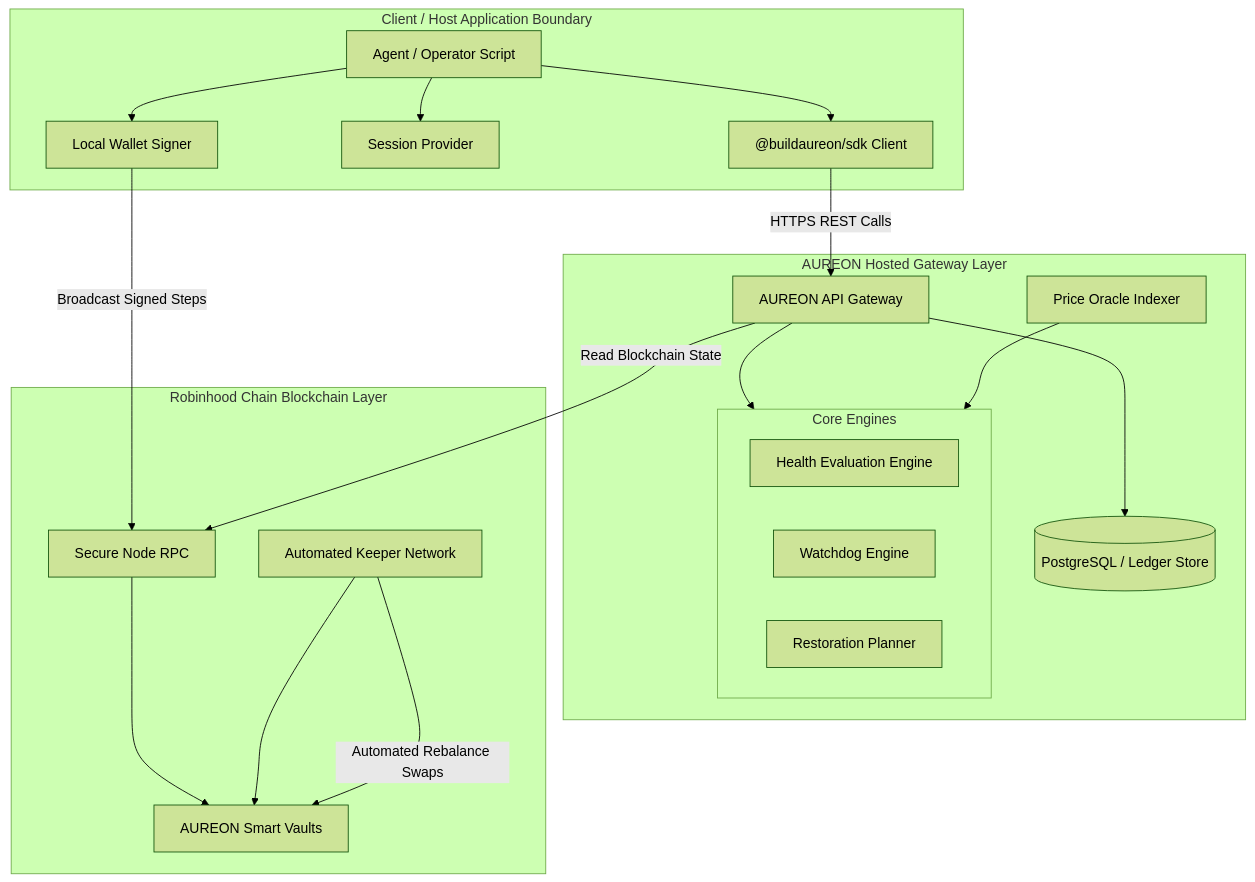
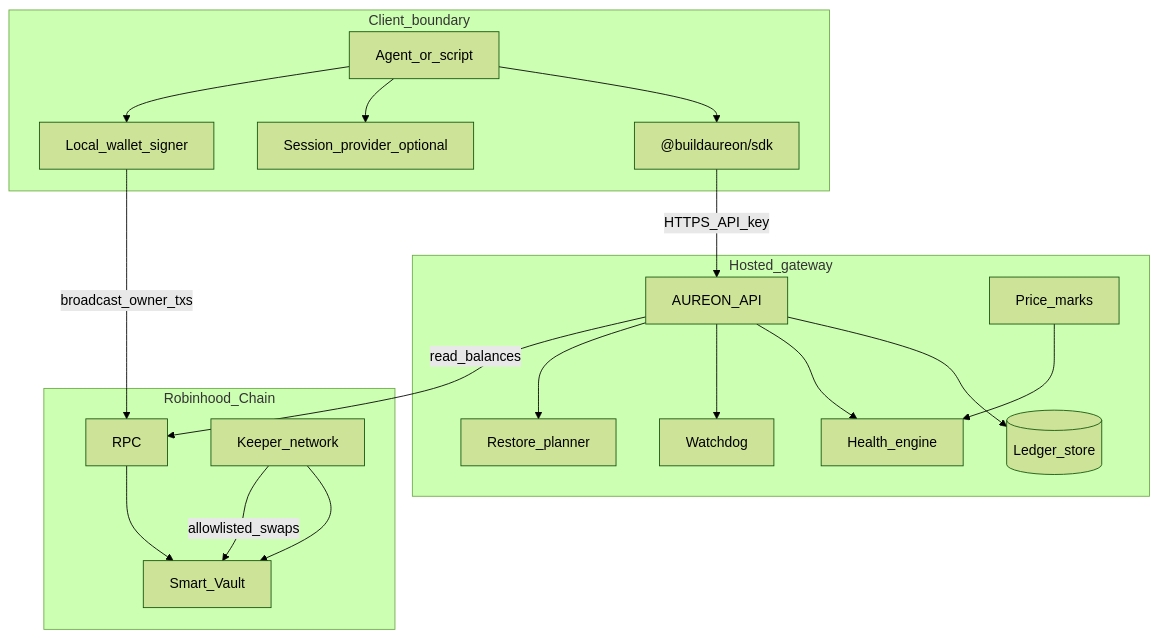
The first of 3 diagrams in docs/architecture.md (buildaureon/aureon-sdk), drawn with Mermaid (forest theme) before and after one commit. The commit also changed other lines of this file, not shown here.

Commit message:
docs: consolidate architecture to three-layer trust boundary model

````diff
--- a/docs/architecture.md
+++ b/docs/architecture.md
@@ -19,44 +22,42 @@
 ```mermaid
 graph TB
-  subgraph ClientBoundary [Client / Host Application Boundary]
-    App[Agent / Operator Script]
-    SDK["@buildaureon/sdk Client"]
-    Session[Session Provider]
-    Signer[Local Wallet Signer]
+  subgraph ClientBoundary [Client_boundary]
+    App[Agent_or_script]
+    SDK["@buildaureon/sdk"]
+    Session[Session_provider_optional]
+    Signer[Local_wallet_signer]
 
     App --> SDK
     App --> Session
     App --> Signer
   end
 
-  subgraph GatewayBoundary [AUREON Hosted Gateway Layer]
-    API[AUREON API Gateway]
-    DB[(PostgreSQL / Ledger Store)]
-    Oracles[Price Oracle Indexer]
-
-    subgraph Engines [Core Engines]
-      Health[Health Evaluation Engine]
-      Watchdog[Watchdog Engine]
-      Planner[Restoration Planner]
-    end
+  subgraph GatewayBoundary [Hosted_gateway]
+    API[AUREON_API]
+    DB[(Ledger_store)]
+    Oracles[Price_marks]
+    Health[Health_engine]
+    Watchdog[Watchdog]
+    Planner[Restore_planner]
 
     API --> DB
-    API --> Engines
-    Oracles --> Engines
+    API --> Health
+    API --> Watchdog
+    API --> Planner
+    Oracles --> Health
   end
 
-  subgraph ChainBoundary [Robinhood Chain Blockchain Layer]
-    RPC[Secure Node RPC]
-    Vaults[AUREON Smart Vaults]
-    Keepers[Automated Keeper Network]
+  subgraph ChainBoundary [Robinhood_Chain]
+    RPC[RPC]
+    Vaults[Smart_Vault]
+    Keepers[Keeper_network]
 
     RPC --> Vaults
     Keepers --> Vaults
   end
 
-  %% Data and Control Flows
-  SDK -->|"HTTPS REST Calls"| API
-  Signer -->|"Broadcast Signed Steps"| RPC
-  API -->|"Read Blockchain State"| RPC
-  Keepers -->|"Automated Rebalance Swaps"| Vaults
+  SDK -->|HTTPS_API_key| API
+  Signer -->|broadcast_owner_txs| RPC
+  API -->|read_balances| RPC
+  Keepers -->|allowlisted_swaps| Vaults
 ```
````
